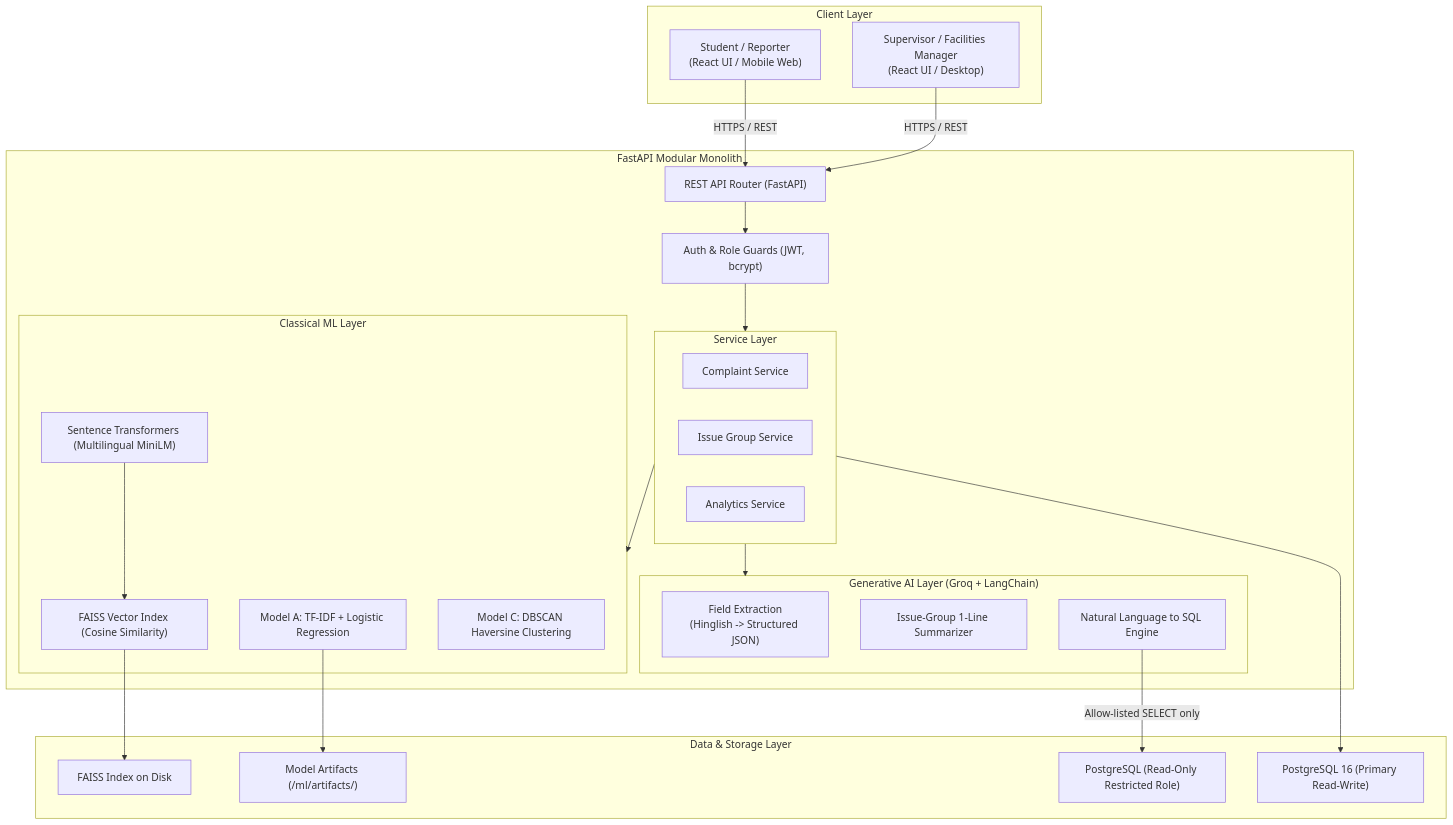
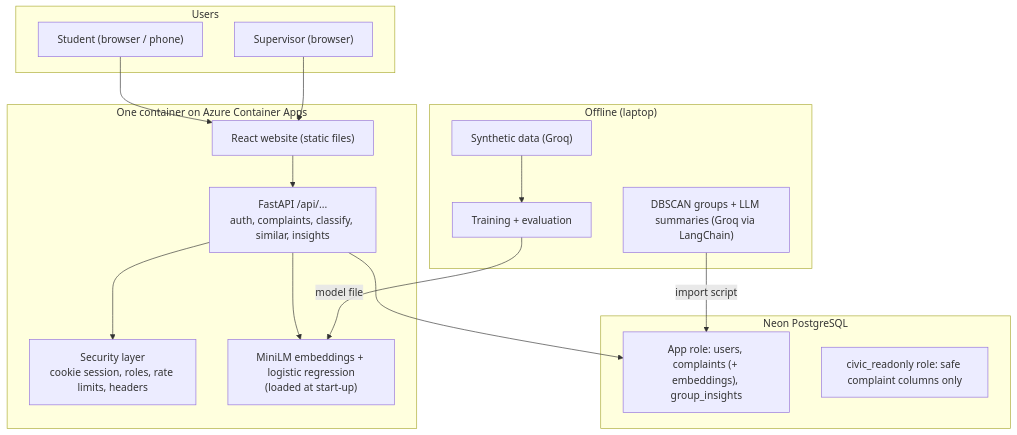
One commit to mishraasakshi/civicsignal changed the diagram in docs/architecture.md. Above: the diagram before and after it, drawn with Mermaid. The commit also changed other lines of this file and 6 other files, not shown here.

Commit message:
Docs: replace planning-era docs with what was actually built - real evaluation results, architecture, API, decision log, data card pointer, frontend README

````diff
--- a/docs/architecture.md
+++ b/docs/architecture.md
@@ -9,52 +9,35 @@
 ```mermaid
 flowchart TD
-    subgraph Client ["Client Layer"]
-        R["Student / Reporter\n(React UI / Mobile Web)"]
-        S["Supervisor / Facilities Manager\n(React UI / Desktop)"]
+    subgraph Users
+        ST["Student (browser / phone)"]
+        SV["Supervisor (browser)"]
     end
 
-    subgraph Backend ["FastAPI Modular Monolith"]
-        API["REST API Router (FastAPI)"]
-        AUTH["Auth & Role Guards (JWT, bcrypt)"]
-        
-        subgraph Services ["Service Layer"]
-            CS["Complaint Service"]
-            GS["Issue Group Service"]
-            AS["Analytics Service"]
-        end
-        
-        subgraph ML_Module ["Classical ML Layer"]
-            CLF["Model A: TF-IDF + Logistic Regression"]
-            EMB["Sentence Transformers (Multilingual MiniLM)"]
-            FSS["FAISS Vector Index (Cosine Similarity)"]
-            HOT["Model C: DBSCAN Haversine Clustering"]
-        end
-        
-        subgraph LLM_Module ["Generative AI Layer (Groq + LangChain)"]
-            EXT["Field Extraction\n(Hinglish -> Structured JSON)"]
-            SUM["Issue-Group 1-Line Summarizer"]
-            SQL["Natural Language to SQL Engine"]
-        end
+    subgraph Container ["One container on Azure Container Apps"]
+        WEB["React website (static files)"]
+        API["FastAPI /api/...<br/>auth, complaints, classify, similar, insights"]
+        SEC["Security layer<br/>cookie session, roles, rate limits, headers"]
+        ML["MiniLM embeddings + logistic regression<br/>(loaded at start-up)"]
     end
 
-    subgraph Storage ["Data & Storage Layer"]
-        PG["PostgreSQL 16 (Primary Read-Write)"]
-        RO_PG["PostgreSQL (Read-Only Restricted Role)"]
-        FAISS_DISK["FAISS Index on Disk"]
-        ART["Model Artifacts (/ml/artifacts/)"]
+    subgraph Neon ["Neon PostgreSQL"]
+        APPDB["App role: users, complaints (+ embeddings), group_insights"]
+        RO["civic_readonly role: safe complaint columns only"]
     end
 
-    R -->|HTTPS / REST| API
-    S -->|HTTPS / REST| API
-    API --> AUTH
-    AUTH --> Services
-    
-    Services --> ML_Module
-    Services --> LLM_Module
-    Services --> PG
-    
-    SQL -->|Allow-listed SELECT only| RO_PG
-    EMB --> FSS
-    FSS --> FAISS_DISK
-    CLF --> ART
+    subgraph Offline ["Offline (laptop)"]
+        GEN["Synthetic data (Groq)"]
+        TRAIN["Training + evaluation"]
+        CLUS["DBSCAN groups + LLM summaries (Groq via LangChain)"]
+    end
+
+    ST --> WEB
+    SV --> WEB
+    WEB --> API
+    API --> SEC
+    API --> ML
+    API --> APPDB
+    TRAIN -->|model file| ML
+    CLUS -->|import script| APPDB
+    GEN --> TRAIN
 ```
````
